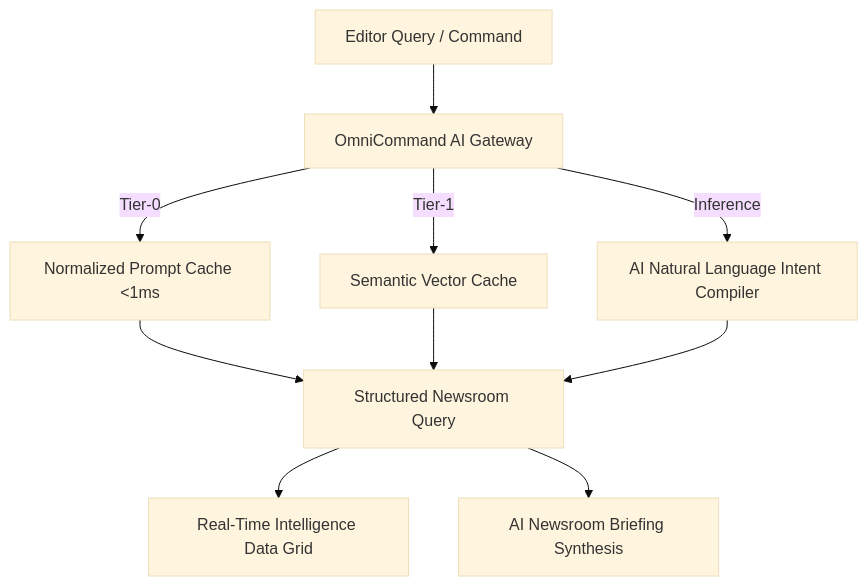
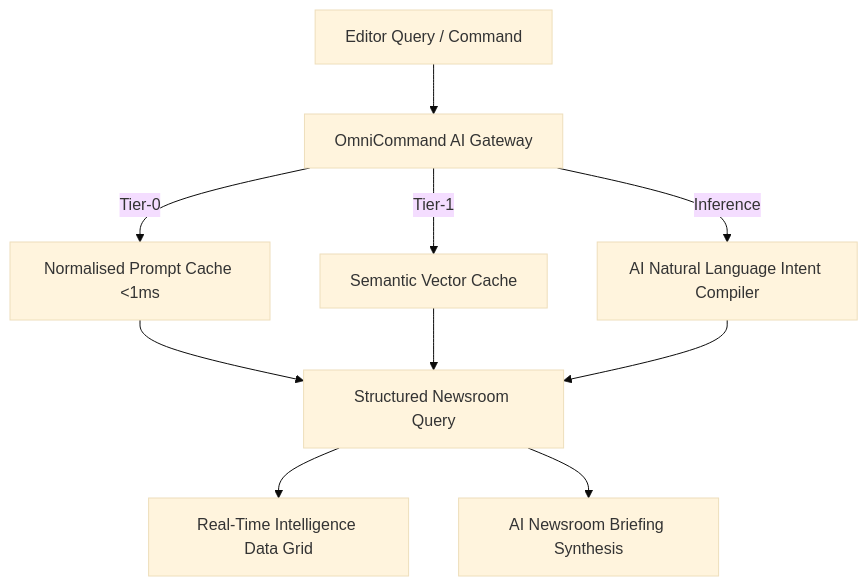
The first of 2 diagrams in terminal/workspace-columns.mdx (NewsCompass/docs), drawn with Mermaid (base theme) before and after one commit. The commit also changed other lines of this file and 11 other files, not shown here.

````diff
--- a/terminal/workspace-columns.mdx
+++ b/terminal/workspace-columns.mdx
@@ -8,12 +8,12 @@
 ```mermaid
 graph TD
     A[Editor Query / Command] --> B[OmniCommand AI Gateway]
-    B -->|Tier-0| C[Normalized Prompt Cache <1ms]
+    B -->|Tier-0| C[Normalised Prompt Cache <1ms]
     B -->|Tier-1| D[Semantic Vector Cache]
     B -->|Inference| E[AI Natural Language Intent Compiler]
     C --> F[Structured Newsroom Query]
     D --> F
     E --> F
     F --> G[Real-Time Intelligence Data Grid]
     F --> H[AI Newsroom Briefing Synthesis]
 ```
````
